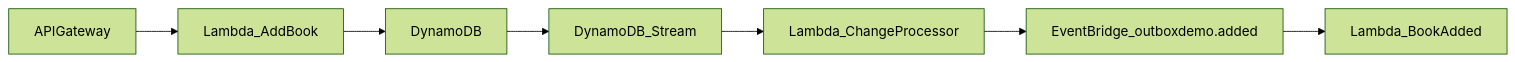
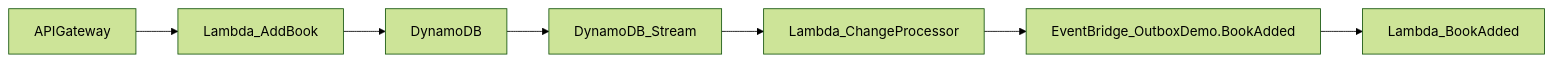
One commit to mikaelvesavuori/aws-serverless-outbox-demo changed the first of 2 diagrams in README.md. Above: the diagram before and after it, drawn with Mermaid (forest theme). The commit also changed other lines of this file and 10 other files, not shown here.

````diff
--- a/README.md
+++ b/README.md
@@ -13,9 +15,9 @@
 ```mermaid
 graph LR;
     APIGateway-->Lambda_AddBook;
     Lambda_AddBook-->DynamoDB;
     DynamoDB-->DynamoDB_Stream;
     DynamoDB_Stream-->Lambda_ChangeProcessor;
-    Lambda_ChangeProcessor-->EventBridge_outboxdemo.added;
-    EventBridge_outboxdemo.added-->Lambda_BookAdded;
+    Lambda_ChangeProcessor-->EventBridge_OutboxDemo.BookAdded;
+    EventBridge_OutboxDemo.BookAdded-->Lambda_BookAdded;
 ```
````
